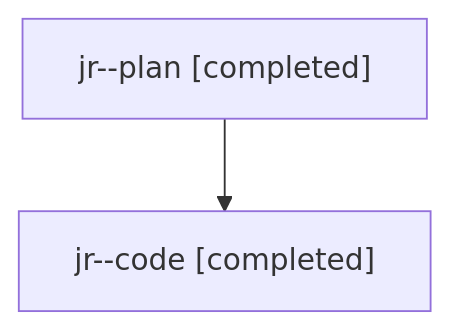
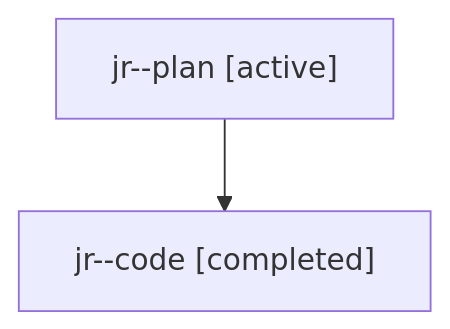
One commit to bobs-org/bob-cli--agents changed the diagram in families/bbugyi200.athena.jr.md. Above: the diagram before and after it, drawn with Mermaid. The commit also changed other lines of this file and 2106 other files, not shown here.

````diff
--- a/families/bbugyi200.athena.jr.md
+++ b/families/bbugyi200.athena.jr.md
@@ -7,6 +9,6 @@
 ```mermaid
 flowchart TD
-  n0["jr--plan [completed]"]
+  n0["jr--plan [active]"]
   n1["jr--code [completed]"]
   n0 --> n1
 ```
````
